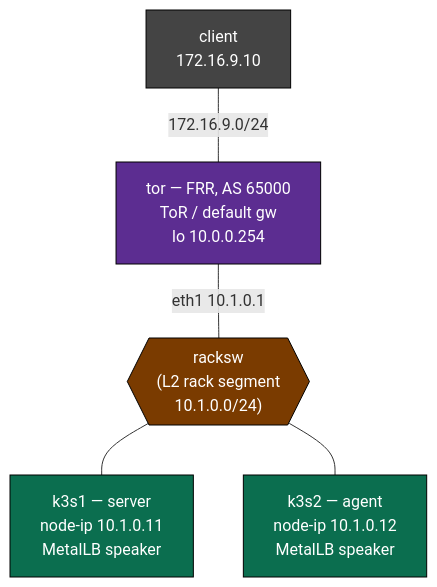
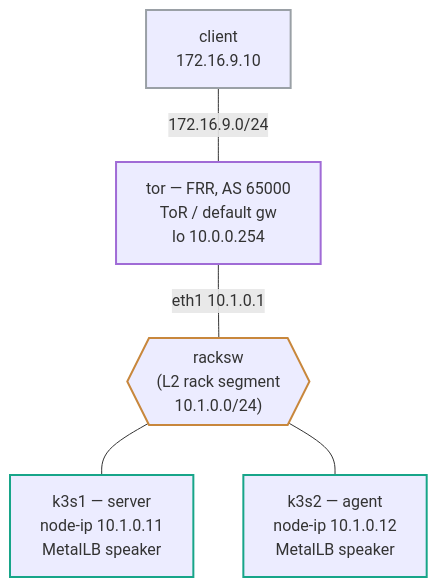
The diagram in labs/k8s-fabric/README.md (jschless/networkingLabs), drawn with Mermaid before and after one commit. The commit also changed 250 other files, not shown here.

Commit message:
Fix unreadable topology diagrams, convert ASCII art, publish assessments (#57)

````diff
--- a/labs/k8s-fabric/README.md
+++ b/labs/k8s-fabric/README.md
@@ -19,22 +19,22 @@
 ```mermaid
 flowchart TB
-    client["client\n172.16.9.10"]
-    tor["tor — FRR, AS 65000\nToR / default gw\nlo 10.0.0.254"]
-    racksw{{"racksw\n(L2 rack segment\n10.1.0.0/24)"}}
-    k3s1["k3s1 — server\nnode-ip 10.1.0.11\nMetalLB speaker"]
-    k3s2["k3s2 — agent\nnode-ip 10.1.0.12\nMetalLB speaker"]
+    client["client<br/>172.16.9.10"]
+    tor["tor — FRR, AS 65000<br/>ToR / default gw<br/>lo 10.0.0.254"]
+    racksw{{"racksw<br/>(L2 rack segment<br/>10.1.0.0/24)"}}
+    k3s1["k3s1 — server<br/>node-ip 10.1.0.11<br/>MetalLB speaker"]
+    k3s2["k3s2 — agent<br/>node-ip 10.1.0.12<br/>MetalLB speaker"]
 
     client --- |"172.16.9.0/24"| tor
     tor --- |"eth1 10.1.0.1"| racksw
     racksw --- k3s1
     racksw --- k3s2
 
-    classDef rtr fill:#5c2d91,color:#fff,stroke:#000
-    classDef k8s fill:#0b6e4f,color:#fff,stroke:#000
-    classDef cli fill:#444,color:#fff,stroke:#000
-    classDef sw fill:#7a3b00,color:#fff,stroke:#000
+    classDef rtr stroke:#a06bd6,stroke-width:2px
+    classDef k8s stroke:#17a589,stroke-width:2px
+    classDef cli stroke:#9aa0a6,stroke-width:2px
+    classDef sw stroke:#c8873c,stroke-width:2px
     class tor rtr
     class k3s1,k3s2 k8s
     class client cli
     class racksw sw
 ```
````
